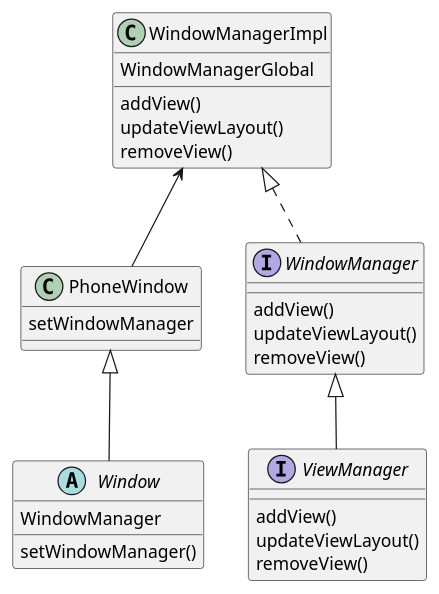
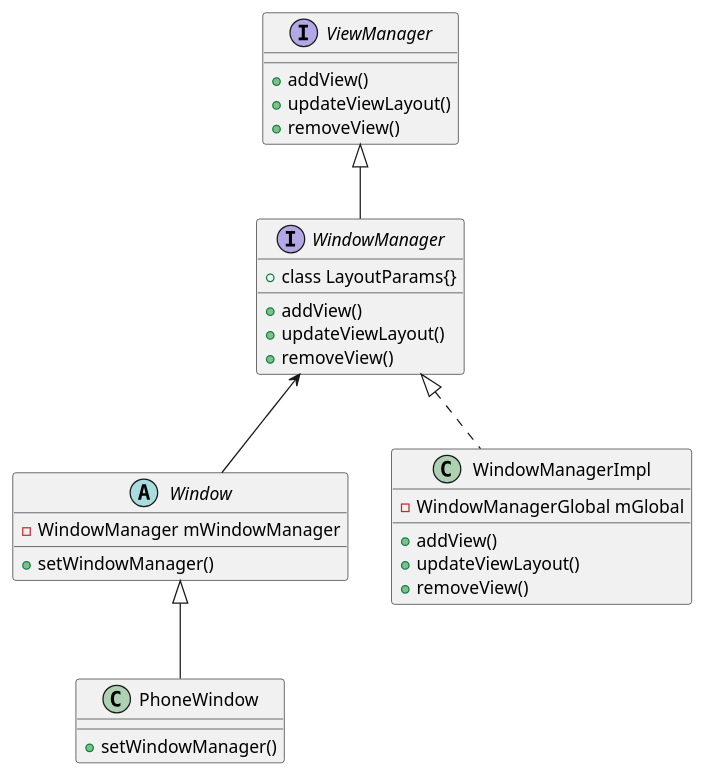
Before and after one commit to guangdeshishe/DesignPattern: the diagram in lib/src/main/java/com/example/lib/桥接模式.puml, drawn with PlantUML. The commit also changed 7 other files, not shown here.

```diff
--- a/lib/src/main/java/com/example/lib/桥接模式.puml
+++ b/lib/src/main/java/com/example/lib/桥接模式.puml
@@ -1,36 +1,37 @@
 @startuml
 
 abstract class Window {
-WindowManager
-setWindowManager()
+-WindowManager mWindowManager
++setWindowManager()
 }
 
 class PhoneWindow{
-    setWindowManager
+    +setWindowManager()
 }
 
 interface ViewManager{
-    addView()
-    updateViewLayout()
-    removeView()
+    +addView()
+    +updateViewLayout()
+    +removeView()
 }
 
 interface WindowManager{
-    addView()
-    updateViewLayout()
-    removeView()
+    +class LayoutParams{}
+    +addView()
+    +updateViewLayout()
+    +removeView()
 }
 
 class WindowManagerImpl{
-    WindowManagerGlobal
-    addView()
-    updateViewLayout()
-    removeView()
+    -WindowManagerGlobal mGlobal
+    +addView()
+    +updateViewLayout()
+    +removeView()
 }
 
-PhoneWindow <|-- Window
-WindowManager <|-- ViewManager
-WindowManagerImpl <-- PhoneWindow
-WindowManagerImpl <|.. WindowManager
+Window<|--  PhoneWindow
+ViewManager <|-- WindowManager
+WindowManager <-- Window
+WindowManager<|..  WindowManagerImpl
 
 @enduml
```
